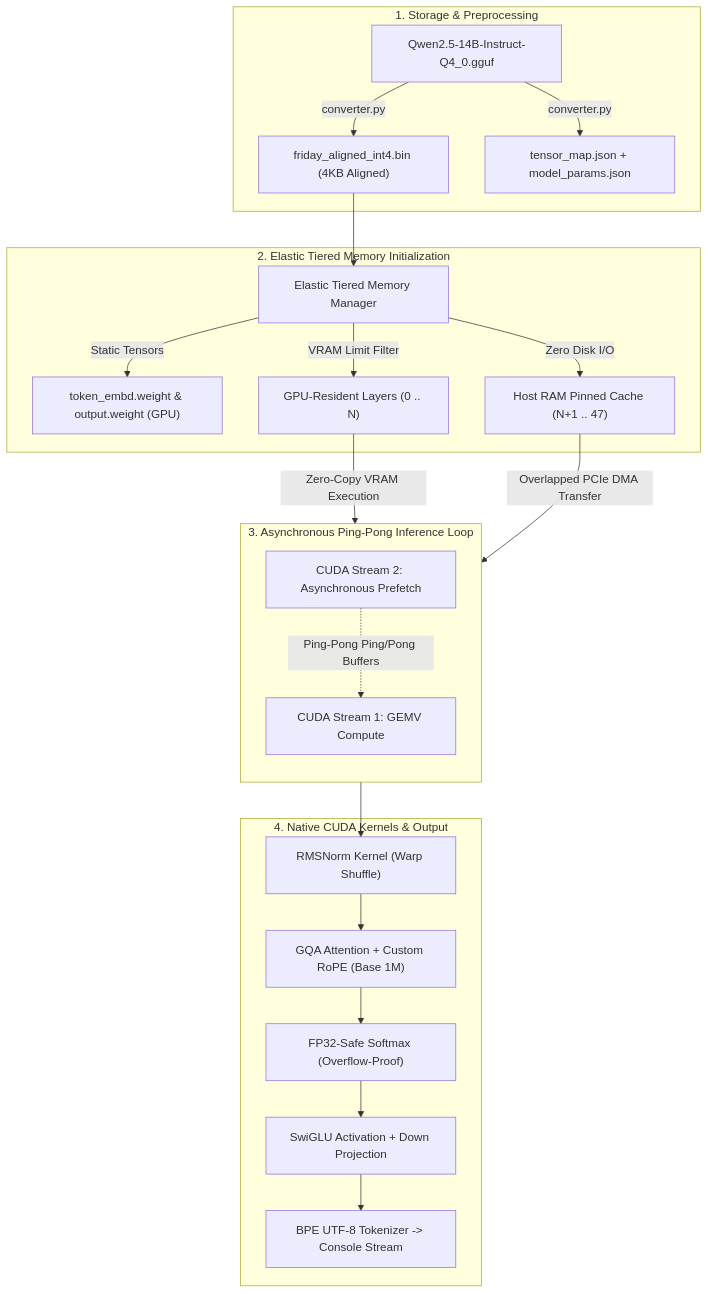
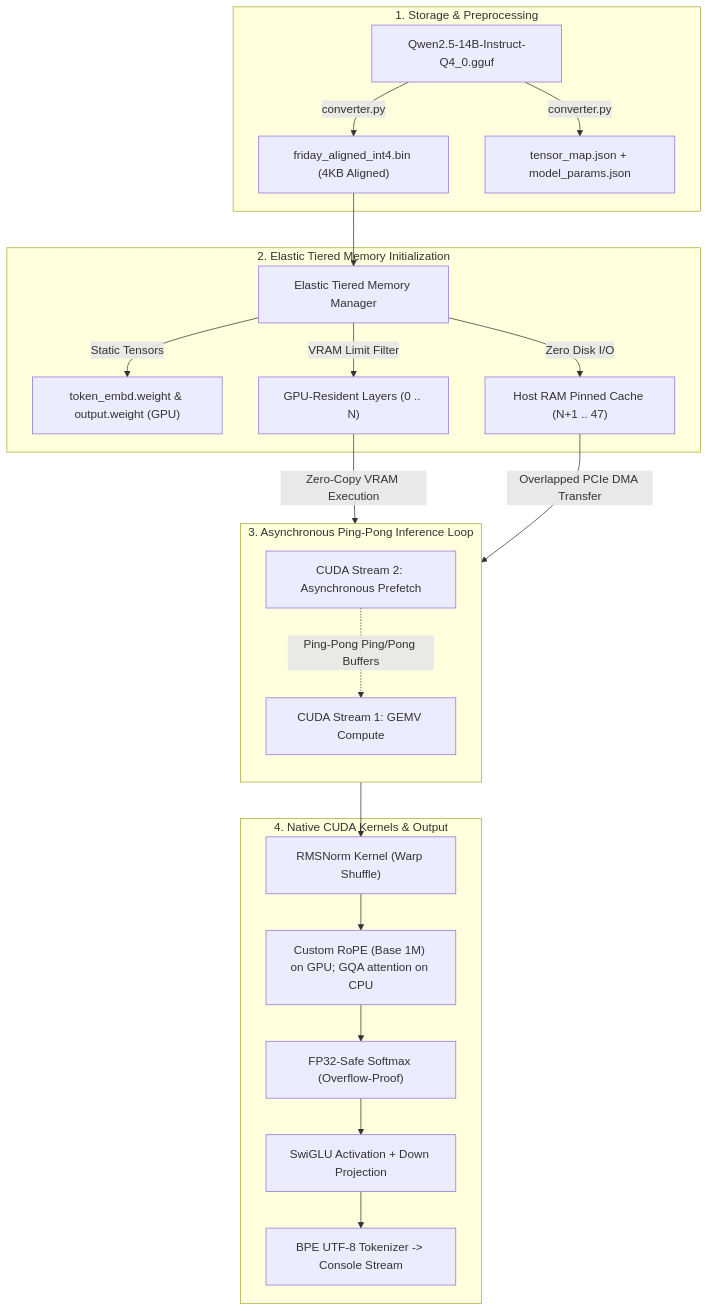
Before and after one commit to onurtamer/friday-inference-engine: the diagram in README.md, drawn with Mermaid. The commit also changed other lines of this file, not shown here.

````diff
--- a/README.md
+++ b/README.md
@@ -34,29 +37,29 @@
 ```mermaid
 flowchart TD
     subgraph Storage["1. Storage & Preprocessing"]
         GGUF["Qwen2.5-14B-Instruct-Q4_0.gguf"] -->|converter.py| BIN["friday_aligned_int4.bin (4KB Aligned)"]
         GGUF -->|converter.py| MAP["tensor_map.json + model_params.json"]
     end
 
     subgraph Initialization["2. Elastic Tiered Memory Initialization"]
         BIN --> ETM["Elastic Tiered Memory Manager"]
         ETM -->|Static Tensors| EMB["token_embd.weight & output.weight (GPU)"]
         ETM -->|VRAM Limit Filter| GPU_LAYERS["GPU-Resident Layers (0 .. N)"]
         ETM -->|Zero Disk I/O| HOST_CACHE["Host RAM Pinned Cache (N+1 .. 47)"]
     end
 
     subgraph Inference["3. Asynchronous Ping-Pong Inference Loop"]
         direction TB
         GPU_LAYERS -->|Zero-Copy VRAM Execution| COMPUTE["CUDA Stream 1: GEMV Compute"]
         HOST_CACHE -->|Overlapped PCIe DMA Transfer| DMA["CUDA Stream 2: Asynchronous Prefetch"]
         DMA -.->|Ping-Pong Ping/Pong Buffers| COMPUTE
     end
 
     subgraph Kernels["4. Native CUDA Kernels & Output"]
         COMPUTE --> RMS["RMSNorm Kernel (Warp Shuffle)"]
-        RMS --> ATTN["GQA Attention + Custom RoPE (Base 1M)"]
+        RMS --> ATTN["Custom RoPE (Base 1M) on GPU; GQA attention on CPU"]
         ATTN --> SOFTMAX["FP32-Safe Softmax (Overflow-Proof)"]
         SOFTMAX --> MLP["SwiGLU Activation + Down Projection"]
         MLP --> STREAM["BPE UTF-8 Tokenizer -> Console Stream"]
     end
 ```
````
